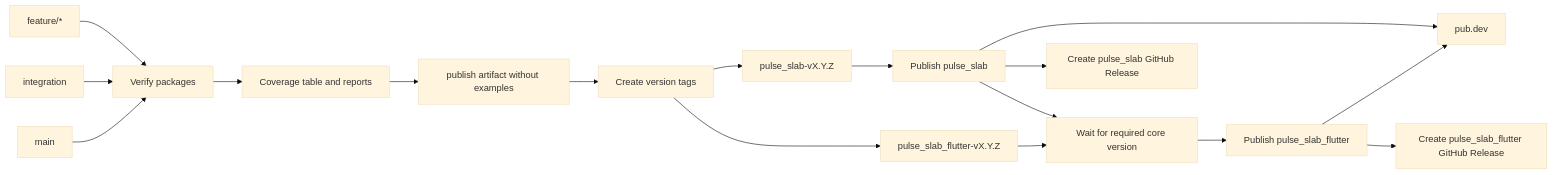
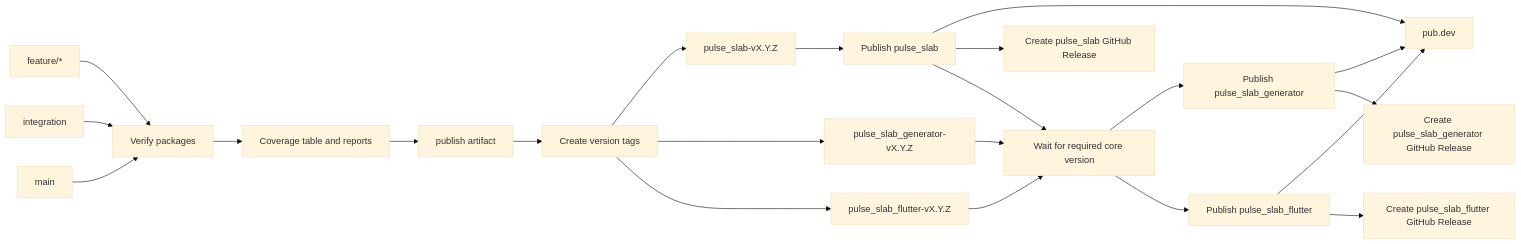
One commit to JohannesHupp/pulse_slab changed the diagram in docs/releasing.md. Above: the diagram before and after it, drawn with Mermaid (base theme). The commit also changed other lines of this file and 15 other files, not shown here.

Commit message:
feat: publish layout generator to pub dev

```diff
--- a/docs/releasing.md
+++ b/docs/releasing.md
@@ -13,19 +13,24 @@
 ~~~mermaid
 flowchart LR
   Feature[feature/*] --> Verify[Verify packages]
   Integration[integration] --> Verify
   Main[main] --> Verify
   Verify --> Coverage[Coverage table and reports]
-  Coverage --> Snapshot[publish artifact without examples]
+  Coverage --> Snapshot[publish artifact]
   Snapshot --> Tags[Create version tags]
   Tags --> CoreTag[pulse_slab-vX.Y.Z]
+  Tags --> GeneratorTag[pulse_slab_generator-vX.Y.Z]
   Tags --> FlutterTag[pulse_slab_flutter-vX.Y.Z]
   CoreTag --> CorePublish[Publish pulse_slab]
+  GeneratorTag --> Wait[Wait for required core version]
   FlutterTag --> Wait[Wait for required core version]
   CorePublish --> PubDev[pub.dev]
   CorePublish --> CoreRelease[Create pulse_slab GitHub Release]
   CorePublish --> Wait
+  Wait --> GeneratorPublish[Publish pulse_slab_generator]
   Wait --> FlutterPublish[Publish pulse_slab_flutter]
+  GeneratorPublish --> PubDev
+  GeneratorPublish --> GeneratorRelease[Create pulse_slab_generator GitHub Release]
   FlutterPublish --> PubDev
   FlutterPublish --> FlutterRelease[Create pulse_slab_flutter GitHub Release]
 ~~~
```
